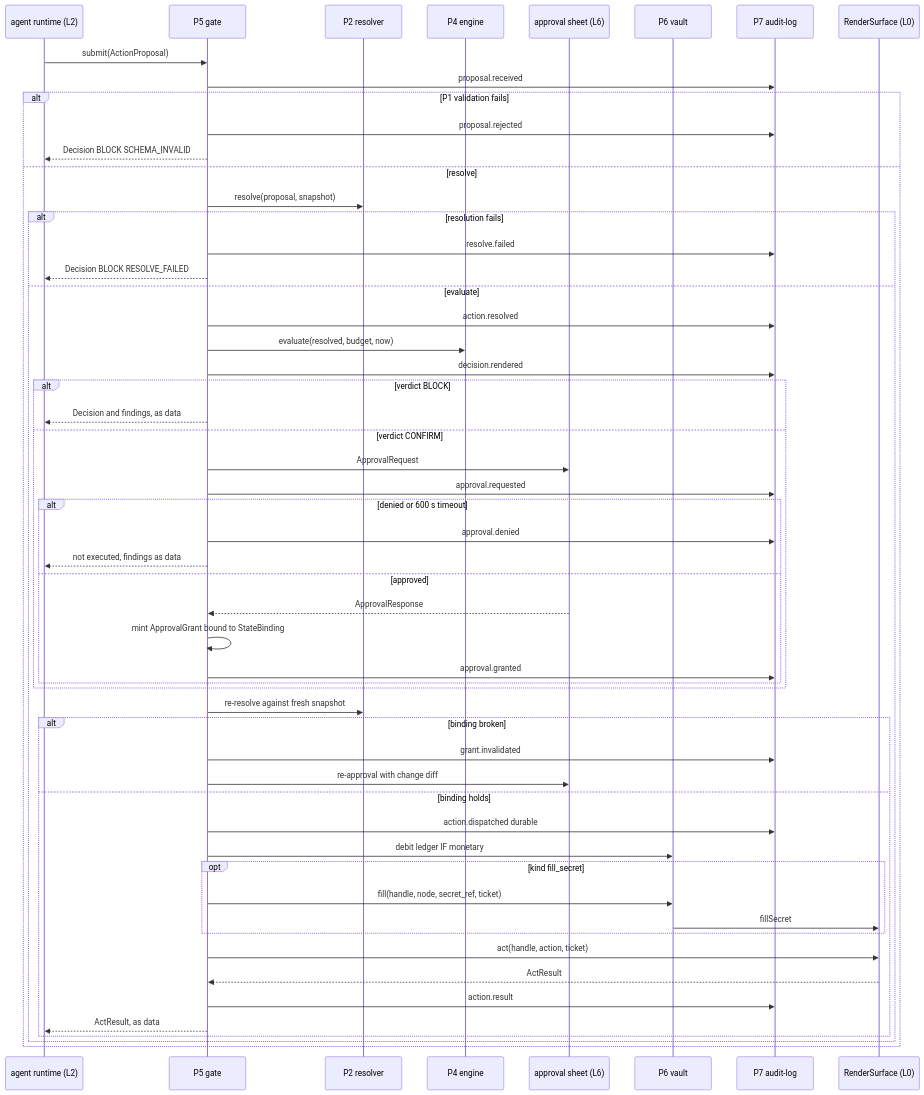
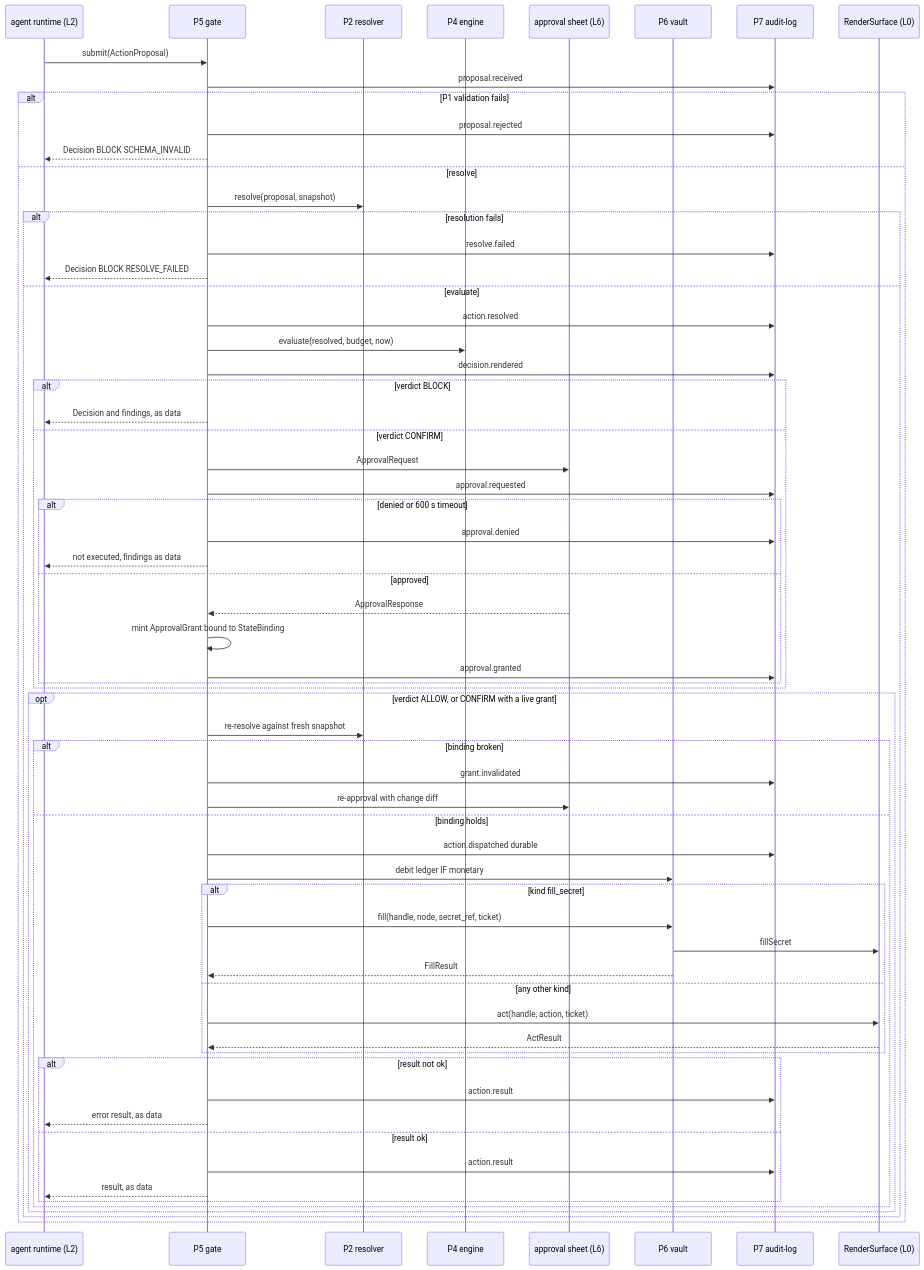
One commit to febufenn-cyber/drawing-office-v2 changed the sixth of 9 diagrams in designs/browser-os-action-control-plane/LLD.md. Above: the diagram before and after it, drawn with Mermaid. The commit also changed other lines of this file and 2 other files, not shown here.

````diff
--- a/designs/browser-os-action-control-plane/LLD.md
+++ b/designs/browser-os-action-control-plane/LLD.md
@@ -259,58 +279,67 @@
 ```mermaid
 sequenceDiagram
     participant L2 as agent runtime (L2)
     participant G as P5 gate
     participant R as P2 resolver
     participant E as P4 engine
     participant U as approval sheet (L6)
     participant V as P6 vault
     participant A as P7 audit-log
     participant S as RenderSurface (L0)
 
     L2->>G: submit(ActionProposal)
     G->>A: proposal.received
     alt P1 validation fails
         G->>A: proposal.rejected
         G-->>L2: Decision BLOCK SCHEMA_INVALID
     else resolve
         G->>R: resolve(proposal, snapshot)
         alt resolution fails
             G->>A: resolve.failed
             G-->>L2: Decision BLOCK RESOLVE_FAILED
         else evaluate
             G->>A: action.resolved
             G->>E: evaluate(resolved, budget, now)
             G->>A: decision.rendered
             alt verdict BLOCK
                 G-->>L2: Decision and findings, as data
             else verdict CONFIRM
                 G->>U: ApprovalRequest
                 G->>A: approval.requested
                 alt denied or 600 s timeout
                     G->>A: approval.denied
                     G-->>L2: not executed, findings as data
                 else approved
                     U-->>G: ApprovalResponse
                     G->>G: mint ApprovalGrant bound to StateBinding
                     G->>A: approval.granted
                 end
             end
-            G->>R: re-resolve against fresh snapshot
-            alt binding broken
-                G->>A: grant.invalidated
-                G->>U: re-approval with change diff
-            else binding holds
-                G->>A: action.dispatched durable
-                G->>V: debit ledger IF monetary
-                opt kind fill_secret
-                    G->>V: fill(handle, node, secret_ref, ticket)
-                    V->>S: fillSecret
+            opt verdict ALLOW, or CONFIRM with a live grant
+                G->>R: re-resolve against fresh snapshot
+                alt binding broken
+                    G->>A: grant.invalidated
+                    G->>U: re-approval with change diff
+                else binding holds
+                    G->>A: action.dispatched durable
+                    G->>V: debit ledger IF monetary
+                    alt kind fill_secret
+                        G->>V: fill(handle, node, secret_ref, ticket)
+                        V->>S: fillSecret
+                        V-->>G: FillResult
+                    else any other kind
+                        G->>S: act(handle, action, ticket)
+                        S-->>G: ActResult
+                    end
+                    alt result not ok
+                        G->>A: action.result
+                        G-->>L2: error result, as data
+                    else result ok
+                        G->>A: action.result
+                        G-->>L2: result, as data
+                    end
                 end
-                G->>S: act(handle, action, ticket)
-                S-->>G: ActResult
-                G->>A: action.result
-                G-->>L2: ActResult, as data
             end
         end
     end
 ```
````
